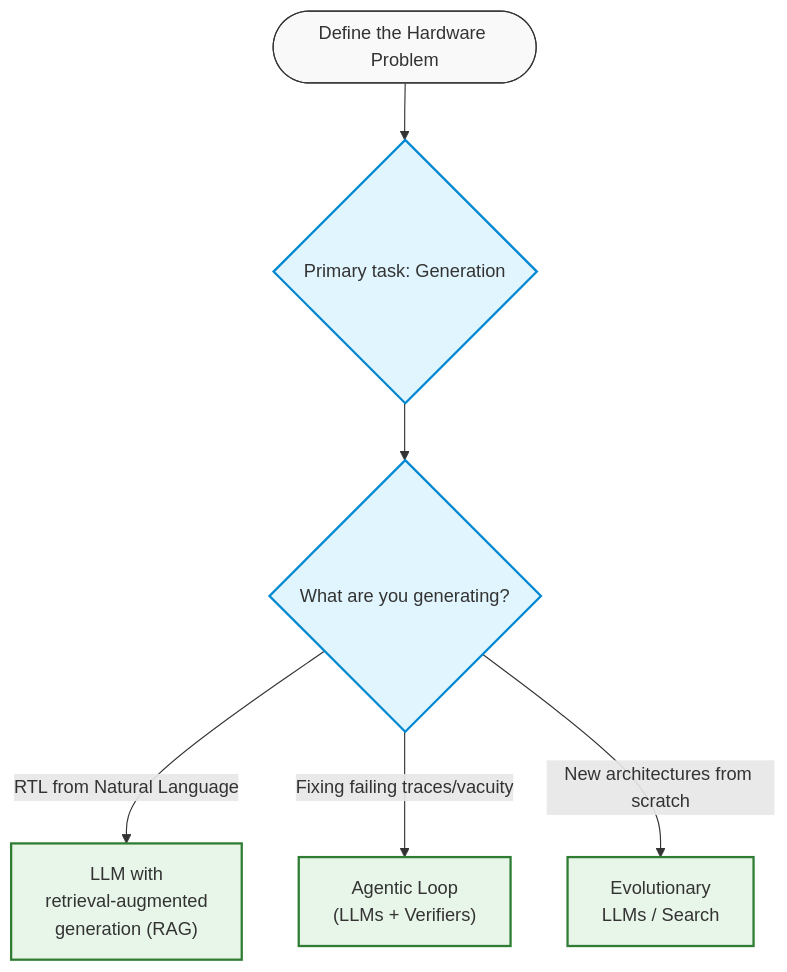
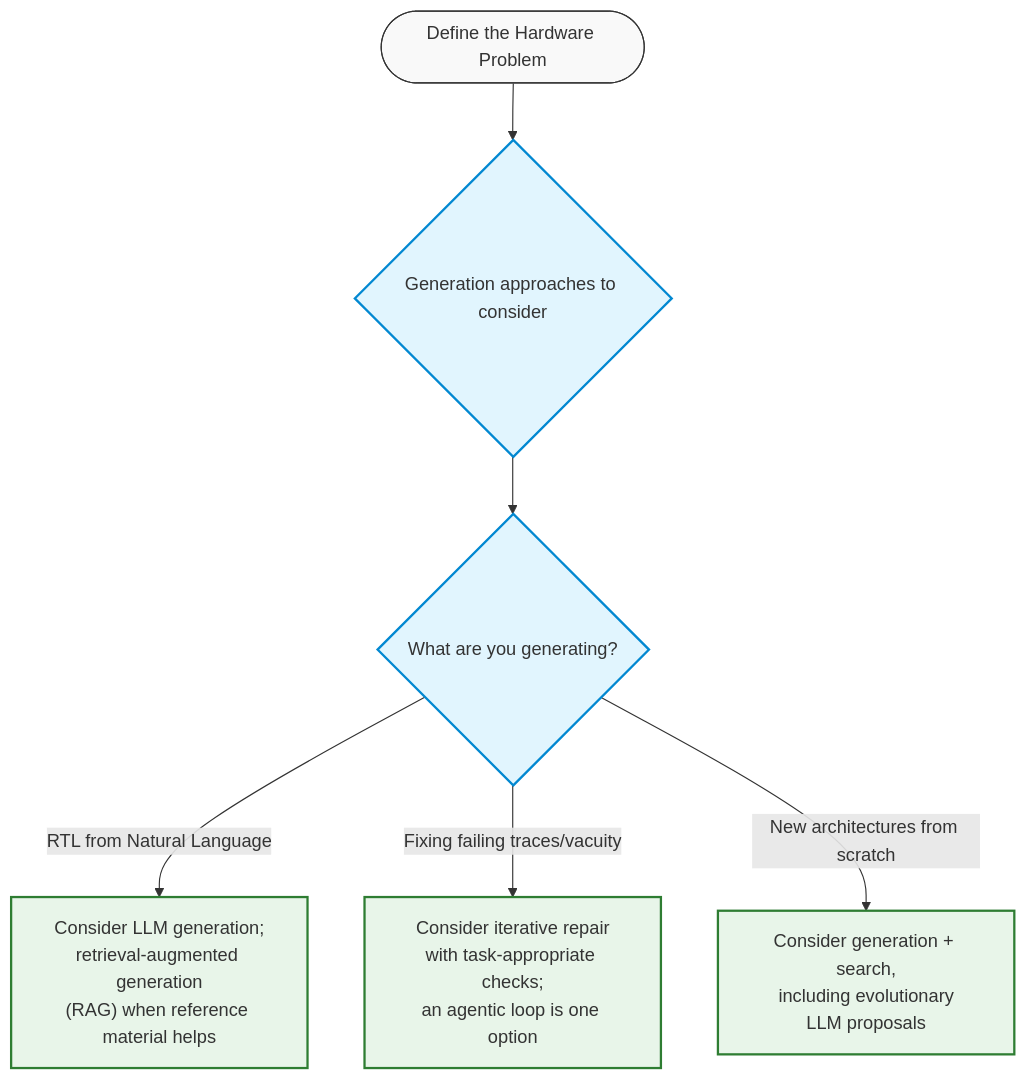
The first of 2 diagrams in book/contents/backmatter/apdx-e-methods-playbook/apdx-e-methods-playbook.qmd (harvard-edge/arch2), drawn with Mermaid before and after one commit. The commit also changed other lines of this file, not shown here.

````diff
--- a/book/contents/backmatter/apdx-e-methods-playbook/apdx-e-methods-playbook.qmd
+++ b/book/contents/backmatter/apdx-e-methods-playbook/apdx-e-methods-playbook.qmd
@@ -14,19 +14,19 @@
 ```{mermaid}
 %%| fig-width: 5.5
 %%| out-width: 100%
 flowchart TD
-    Start([Define the Hardware Problem]) --> TaskType{Primary task: Generation}
+    Start([Define the Hardware Problem]) --> TaskType{Generation approaches to consider}
 
     %% Generative Tasks
     TaskType --> GenTask{What are you generating?}
-    GenTask -->|RTL from Natural Language| RAG["LLM with<br/>retrieval-augmented<br/>generation (RAG)"]
-    GenTask -->|Fixing failing traces/vacuity| Agentic["Agentic Loop<br/>(LLMs + Verifiers)"]
-    GenTask -->|New architectures from scratch| EA_LLM["Evolutionary<br/>LLMs / Search"]
+    GenTask -->|RTL from Natural Language| RAG["Consider LLM generation;<br/>retrieval-augmented generation<br/>(RAG) when reference material helps"]
+    GenTask -->|Fixing failing traces/vacuity| Agentic["Consider iterative repair<br/>with task-appropriate checks;<br/>an agentic loop is one option"]
+    GenTask -->|New architectures from scratch| EA_LLM["Consider generation + search,<br/>including evolutionary<br/>LLM proposals"]
 
     classDef default fill:#f9f9f9,stroke:#333,stroke-width:1px;
     classDef decision fill:#e1f5fe,stroke:#0288d1,stroke-width:2px;
     classDef endpoint fill:#e8f5e9,stroke:#2e7d32,stroke-width:2px;
 
     class TaskType,GenTask decision;
     class RAG,Agentic,EA_LLM endpoint;
 ```
````
